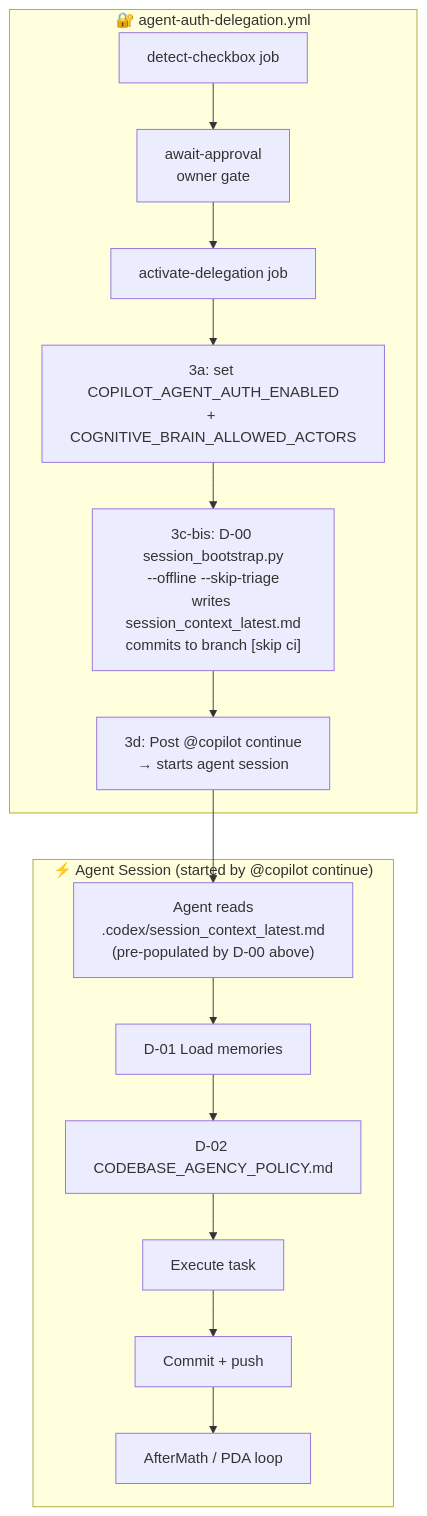
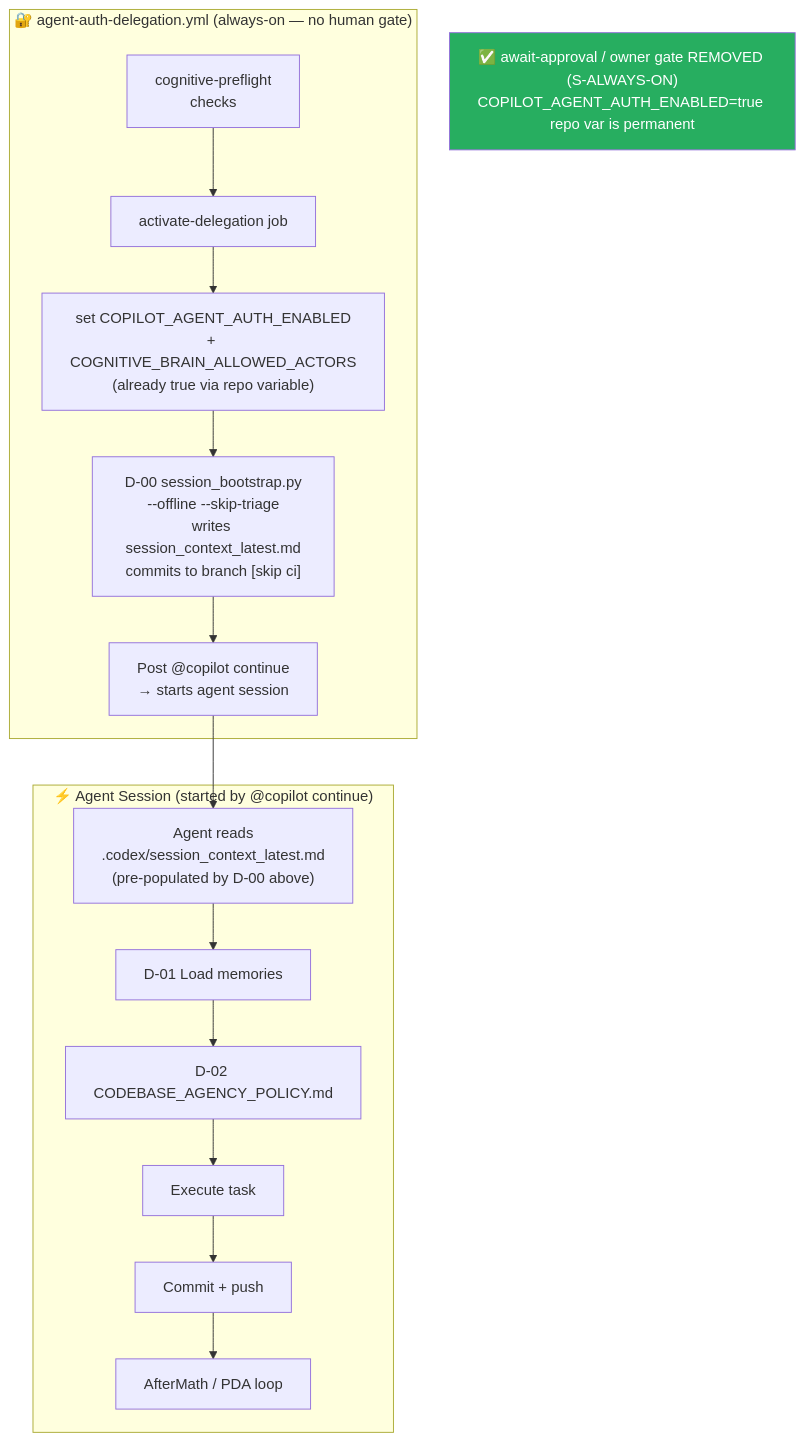
The diagram in .codex/COGNITIVE_BRAIN_STATUS_S146.md (Aries-Serpent/_codex_), drawn with Mermaid before and after one commit. The commit also changed 8 other files, not shown here.

First line of the commit message:
feat: mandatory session preload in copilot-setup-steps; fix checkout@v5; update stale Mermaid auth diagrams

````diff
--- a/.codex/COGNITIVE_BRAIN_STATUS_S146.md
+++ b/.codex/COGNITIVE_BRAIN_STATUS_S146.md
@@ -36,19 +36,21 @@
 ```mermaid
 flowchart TD
-    subgraph DELEGATION["🔐 agent-auth-delegation.yml"]
-        CHK[detect-checkbox job] --> APPR[await-approval\nowner gate]
-        APPR --> ACT[activate-delegation job]
-        ACT --> VARS["3a: set COPILOT_AGENT_AUTH_ENABLED\n+ COGNITIVE_BRAIN_ALLOWED_ACTORS"]
-        VARS --> D00_CI["3c-bis: D-00 session_bootstrap.py\n--offline --skip-triage\nwrites session_context_latest.md\ncommits to branch [skip ci]"]
-        D00_CI --> CONT["3d: Post @copilot continue\n→ starts agent session"]
+    subgraph DELEGATION["🔐 agent-auth-delegation.yml (always-on — no human gate)"]
+        CP[cognitive-preflight\nchecks] --> ACT[activate-delegation job]
+        ACT --> VARS["set COPILOT_AGENT_AUTH_ENABLED\n+ COGNITIVE_BRAIN_ALLOWED_ACTORS\n(already true via repo variable)"]
+        VARS --> D00_CI["D-00 session_bootstrap.py\n--offline --skip-triage\nwrites session_context_latest.md\ncommits to branch [skip ci]"]
+        D00_CI --> CONT["Post @copilot continue\n→ starts agent session"]
     end
 
     subgraph AGENT_SESSION["⚡ Agent Session (started by @copilot continue)"]
         CONT --> READ["Agent reads\n.codex/session_context_latest.md\n(pre-populated by D-00 above)"]
         READ --> MEM[D-01 Load memories]
         MEM --> POLICY[D-02 CODEBASE_AGENCY_POLICY.md]
         POLICY --> WORK[Execute task]
         WORK --> COMMIT[Commit + push]
         COMMIT --> AFTERMATH[AfterMath / PDA loop]
     end
+
+    note["✅ await-approval / owner gate REMOVED (S-ALWAYS-ON)\nCOPILOT_AGENT_AUTH_ENABLED=true repo var is permanent"]
+    style note fill:#27ae60,color:#fff
 ```
````
